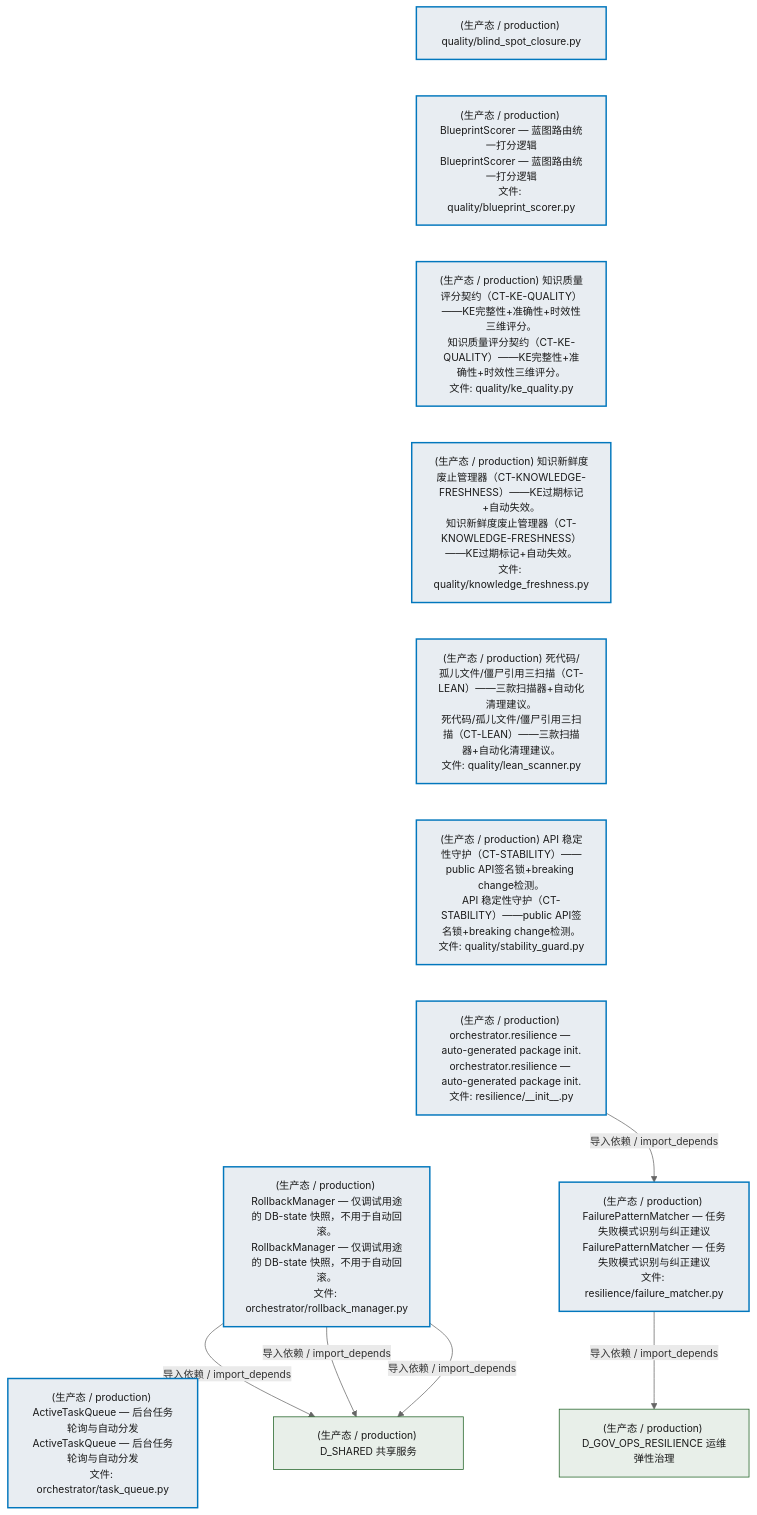
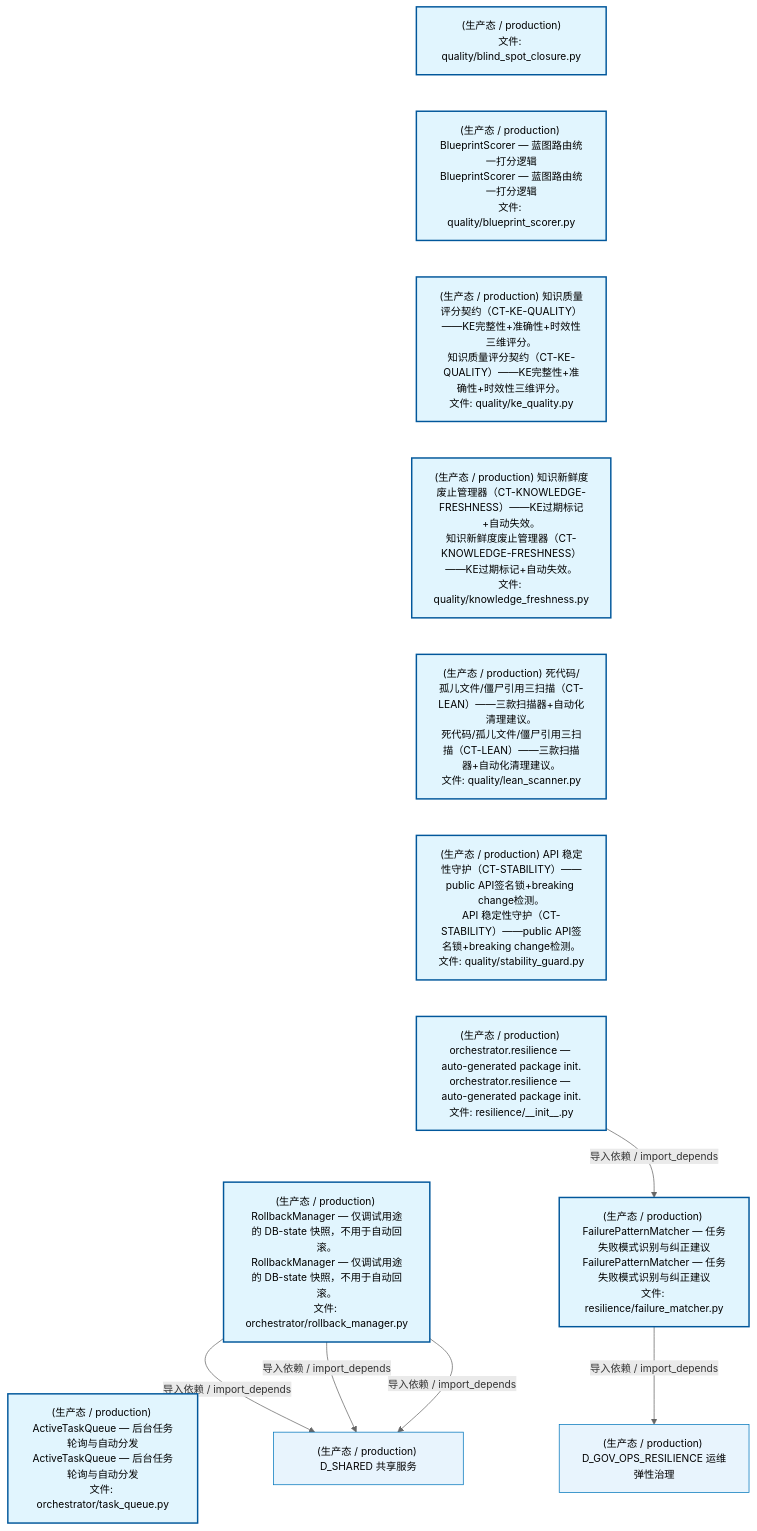
One commit to xuanFelixVan/ZephyrAlpha changed the third of 5 diagrams in docs/02_enterprise_architecture/02_domain_architecture_docs/25_d_orchestrator.md. Above: the diagram before and after it, drawn with Mermaid. The commit also changed other lines of this file and 75 other files, not shown here.

````diff
--- a/docs/02_enterprise_architecture/02_domain_architecture_docs/25_d_orchestrator.md
+++ b/docs/02_enterprise_architecture/02_domain_architecture_docs/25_d_orchestrator.md
@@ -333,35 +333,35 @@
 ```mermaid
 %%{init: {'theme': 'base', 'themeVariables': {'primaryColor': '#eaeaea', 'primaryTextColor': '#333333', 'primaryBorderColor': '#666666', 'lineColor': '#666666', 'secondaryColor': '#eaeaea', 'tertiaryColor': '#eaeaea', 'fontSize': '14px'}}}%%
 flowchart TD
-    src_zephyr_orchestrator_quality_blind_spot_closure_py["(生产态 / production) quality/blind_spot_closure.py"]
+    src_zephyr_orchestrator_quality_blind_spot_closure_py["(生产态 / production)<br/>文件: quality/blind_spot_closure.py"]
     src_zephyr_orchestrator_quality_blueprint_scorer_py["(生产态 / production) BlueprintScorer — 蓝图路由统一打分逻辑<br/>BlueprintScorer — 蓝图路由统一打分逻辑<br/>文件: quality/blueprint_scorer.py"]
     src_zephyr_orchestrator_quality_ke_quality_py["(生产态 / production) 知识质量评分契约（CT-KE-QUALITY）——KE完整性+准确性+时效性三维评分。<br/>知识质量评分契约（CT-KE-QUALITY）——KE完整性+准确性+时效性三维评分。<br/>文件: quality/ke_quality.py"]
     src_zephyr_orchestrator_quality_knowledge_freshness_py["(生产态 / production) 知识新鲜度废止管理器（CT-KNOWLEDGE-FRESHNESS）——KE过期标记+自动失效。<br/>知识新鲜度废止管理器（CT-KNOWLEDGE-FRESHNESS）——KE过期标记+自动失效。<br/>文件: quality/knowledge_freshness.py"]
     src_zephyr_orchestrator_quality_lean_scanner_py["(生产态 / production) 死代码/孤儿文件/僵尸引用三扫描（CT-LEAN）——三款扫描器+自动化清理建议。<br/>死代码/孤儿文件/僵尸引用三扫描（CT-LEAN）——三款扫描器+自动化清理建议。<br/>文件: quality/lean_scanner.py"]
     src_zephyr_orchestrator_quality_stability_guard_py["(生产态 / production) API 稳定性守护（CT-STABILITY）——public API签名锁+breaking change检测。<br/>API 稳定性守护（CT-STABILITY）——public API签名锁+breaking change检测。<br/>文件: quality/stability_guard.py"]
     src_zephyr_orchestrator_resilience_init_py["(生产态 / production) orchestrator.resilience — auto-generated package init.<br/>orchestrator.resilience — auto-generated package init.<br/>文件: resilience/__init__.py"]
     src_zephyr_orchestrator_rollback_manager_py["(生产态 / production) RollbackManager — 仅调试用途的 DB-state 快照，不用于自动回滚。<br/>RollbackManager — 仅调试用途的 DB-state 快照，不用于自动回滚。<br/>文件: orchestrator/rollback_manager.py"]
     src_zephyr_orchestrator_task_queue_py["(生产态 / production) ActiveTaskQueue — 后台任务轮询与自动分发<br/>ActiveTaskQueue — 后台任务轮询与自动分发<br/>文件: orchestrator/task_queue.py"]
     src_zephyr_orchestrator_quality_blind_spot_closure_py ~~~ src_zephyr_orchestrator_quality_blueprint_scorer_py
     src_zephyr_orchestrator_quality_blueprint_scorer_py ~~~ src_zephyr_orchestrator_quality_ke_quality_py
     src_zephyr_orchestrator_quality_ke_quality_py ~~~ src_zephyr_orchestrator_quality_knowledge_freshness_py
     src_zephyr_orchestrator_quality_knowledge_freshness_py ~~~ src_zephyr_orchestrator_quality_lean_scanner_py
     src_zephyr_orchestrator_quality_lean_scanner_py ~~~ src_zephyr_orchestrator_quality_stability_guard_py
     src_zephyr_orchestrator_quality_stability_guard_py ~~~ src_zephyr_orchestrator_resilience_init_py
     src_zephyr_orchestrator_resilience_init_py ~~~ src_zephyr_orchestrator_rollback_manager_py
     src_zephyr_orchestrator_rollback_manager_py ~~~ src_zephyr_orchestrator_task_queue_py
     src_zephyr_orchestrator_resilience_failure_matcher_py["(生产态 / production) FailurePatternMatcher — 任务失败模式识别与纠正建议<br/>FailurePatternMatcher — 任务失败模式识别与纠正建议<br/>文件: resilience/failure_matcher.py"]
     src_zephyr_orchestrator_resilience_init_py -->|导入依赖 / import_depends| src_zephyr_orchestrator_resilience_failure_matcher_py
     D_SHARED["(生产态 / production) D_SHARED 共享服务"]
     src_zephyr_orchestrator_rollback_manager_py -->|导入依赖 / import_depends| D_SHARED
     src_zephyr_orchestrator_rollback_manager_py -->|导入依赖 / import_depends| D_SHARED
     src_zephyr_orchestrator_rollback_manager_py -->|导入依赖 / import_depends| D_SHARED
     D_GOV_OPS_RESILIENCE["(生产态 / production) D_GOV_OPS_RESILIENCE 运维弹性治理"]
     src_zephyr_orchestrator_resilience_failure_matcher_py -->|导入依赖 / import_depends| D_GOV_OPS_RESILIENCE
-    classDef production fill:#e8edf2,stroke:#0277bd,stroke-width:2px,color:#1a1a1a
-    classDef design fill:#f0ebe3,stroke:#bf360c,stroke-width:2px,color:#1a1a1a,stroke-dasharray: 5 5
-    classDef external_prod fill:#e8efe9,stroke:#1b5e20,stroke-width:1px,color:#1a1a1a
-    classDef external_design fill:#efe5ea,stroke:#880e4f,stroke-width:1px,color:#1a1a1a,stroke-dasharray: 5 5
+    classDef production fill:#e1f5fe,stroke:#01579b,stroke-width:2px,color:#000
+    classDef design fill:#fff3e0,stroke:#e65100,stroke-width:2px,color:#000,stroke-dasharray: 5 5
+    classDef external_prod fill:#e8f4fd,stroke:#0277bd,stroke-width:1px,color:#000
+    classDef external_design fill:#fff8e7,stroke:#ef6c00,stroke-width:1px,color:#000,stroke-dasharray: 5 5
     class src_zephyr_orchestrator_quality_blind_spot_closure_py,src_zephyr_orchestrator_quality_blueprint_scorer_py,src_zephyr_orchestrator_quality_ke_quality_py,src_zephyr_orchestrator_quality_knowledge_freshness_py,src_zephyr_orchestrator_quality_lean_scanner_py,src_zephyr_orchestrator_quality_stability_guard_py,src_zephyr_orchestrator_resilience_init_py,src_zephyr_orchestrator_resilience_failure_matcher_py,src_zephyr_orchestrator_rollback_manager_py,src_zephyr_orchestrator_task_queue_py production
     class D_SHARED,D_GOV_OPS_RESILIENCE external_prod
 ```
````
